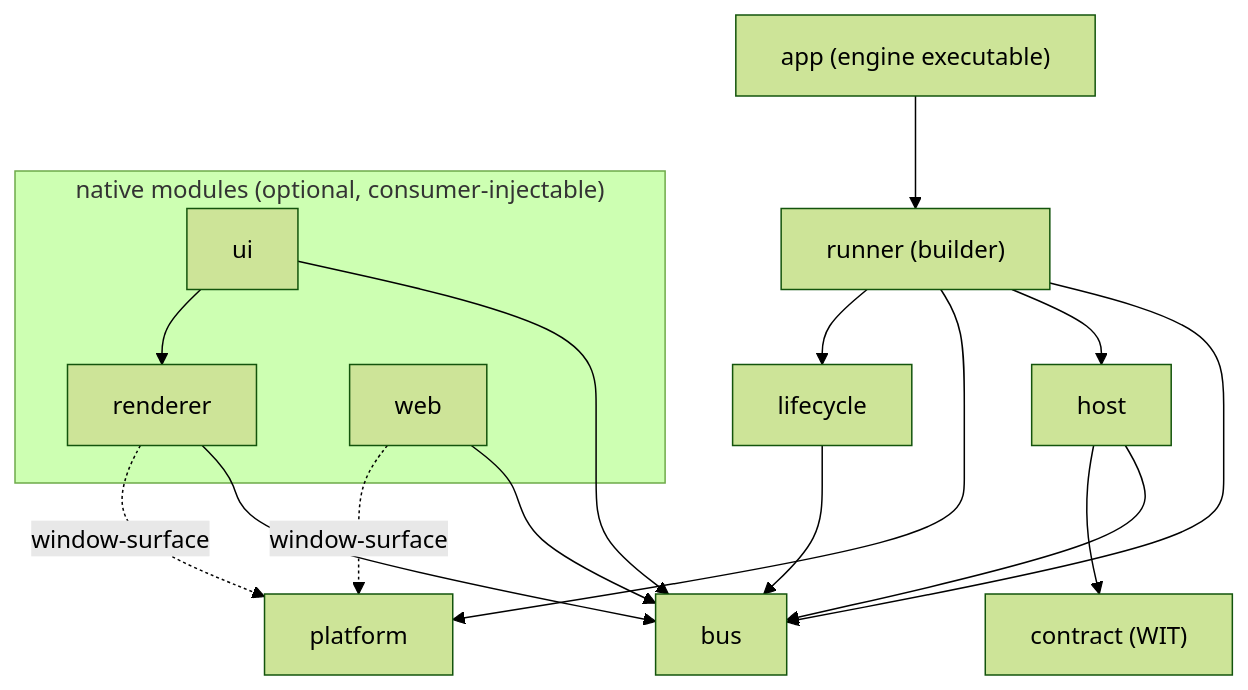
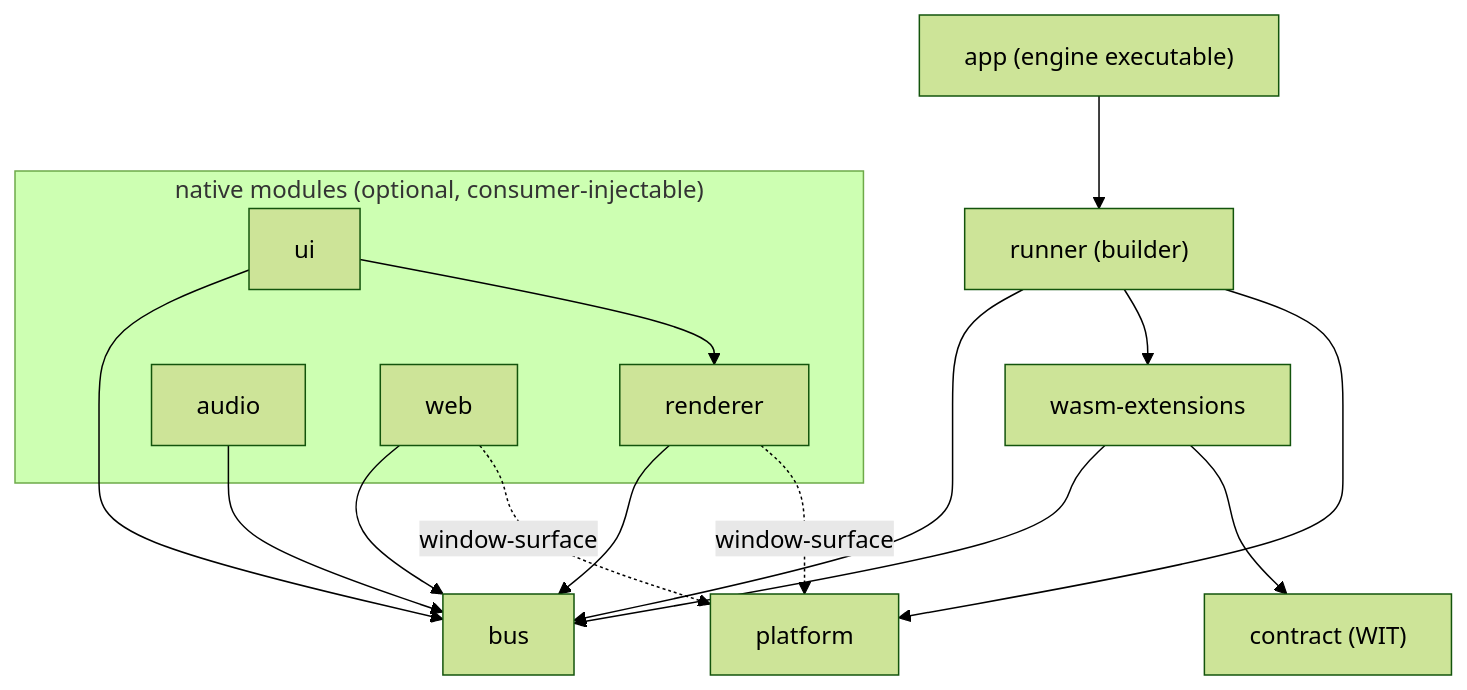
Before and after one commit to an-dr/bones: the diagram in docs/structure.md, drawn with Mermaid (forest theme). The commit also changed other lines of this file and 41 other files, not shown here.

First line of the commit message:
Bring docs in line, apply review feedback, and merge host/lifecycle/persistence into wasm-extensions

````diff
--- a/docs/structure.md
+++ b/docs/structure.md
@@ -47,22 +47,22 @@
 ```mermaid
 graph TD
     App["app (engine executable)"] --> Runner["runner (builder)"]
     Runner --> Bus["bus"]
-    Runner --> Host["host"]
+    Runner --> WasmExtensions["wasm-extensions"]
     Runner --> Platform["platform"]
-    Runner --> Lifecycle["lifecycle"]
-    Host --> Bus
-    Host --> Contract["contract (WIT)"]
-    Lifecycle --> Bus
+    WasmExtensions --> Bus
+    WasmExtensions --> Contract["contract (WIT)"]
     subgraph Modules["native modules (optional, consumer-injectable)"]
         Renderer["renderer"]
         UI["ui"]
+        Audio["audio"]
         Web["web"]
     end
     Renderer --> Bus
     UI --> Bus
     UI --> Renderer
+    Audio --> Bus
     Web --> Bus
     Renderer -. "window-surface" .-> Platform
     Web -. "window-surface" .-> Platform
 ```
````
